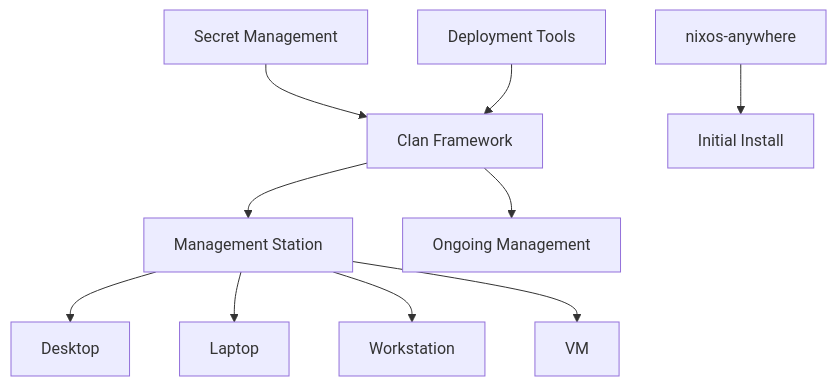
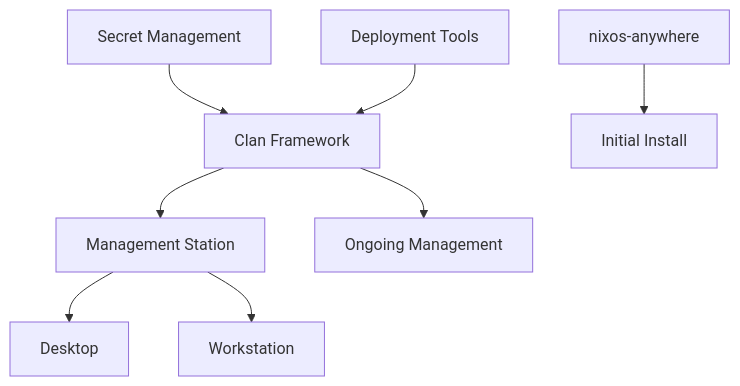
The first of 3 diagrams in docs/README.md (W3Max/frost-phoenix-forked-nixos-config), drawn with Mermaid before and after one commit. The commit also changed other lines of this file and 13 other files, not shown here.

````diff
--- a/docs/README.md
+++ b/docs/README.md
@@ -52,14 +60,12 @@
 ```mermaid
 graph TB
     A[Management Station] --> B[Desktop]
-    A --> C[Laptop]
     A --> D[Workstation]
-    A --> E[VM]
 
     F[Clan Framework] --> A
     G[Secret Management] --> F
     H[Deployment Tools] --> F
 
     I[nixos-anywhere] --> J[Initial Install]
     F --> K[Ongoing Management]
 ```
````
